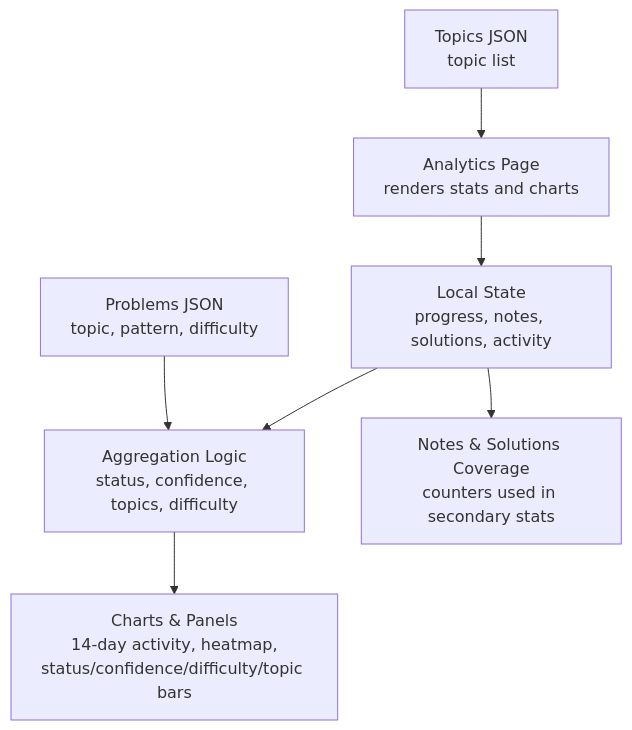
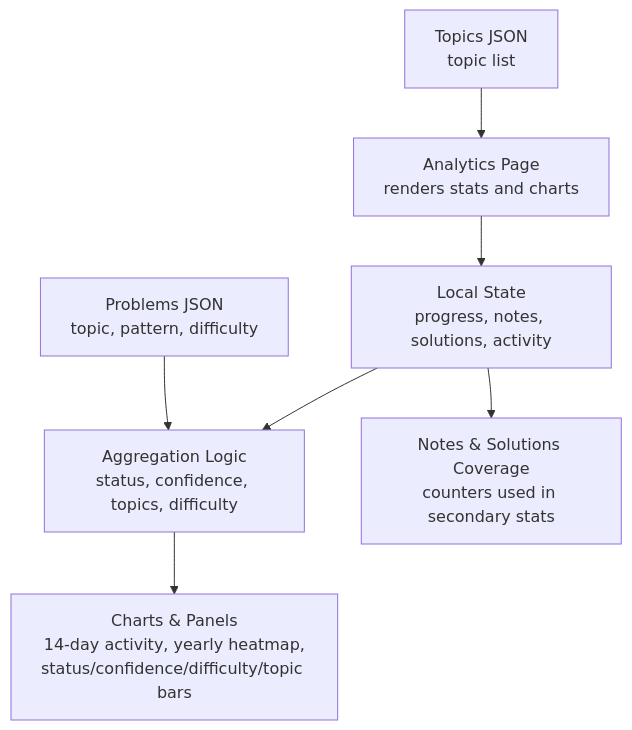
One commit to iamrituraj/DSA-Tracker changed the first of 6 diagrams in .qoder/repowiki/en/content/Frontend Application/Analytics Component.md. Above: the diagram before and after it, drawn with Mermaid. The commit also changed other lines of this file and 42 other files, not shown here.

````diff
--- a/.qoder/repowiki/en/content/Frontend Application/Analytics Component.md
+++ b/.qoder/repowiki/en/content/Frontend Application/Analytics Component.md
@@ -29,9 +39,9 @@
 ```mermaid
 graph TB
 UI["Analytics Page<br/>renders stats and charts"] --> Data["Local State<br/>progress, notes, solutions, activity"]
 Data --> Agg["Aggregation Logic<br/>status, confidence, topics, difficulty"]
-Agg --> Charts["Charts & Panels<br/>14-day activity, heatmap,<br/>status/confidence/difficulty/topic bars"]
+Agg --> Charts["Charts & Panels<br/>14-day activity, yearly heatmap,<br/>status/confidence/difficulty/topic bars"]
 Data --> Notes["Notes & Solutions Coverage<br/>counters used in secondary stats"]
 Problems["Problems JSON<br/>topic, pattern, difficulty"] --> Agg
 Topics["Topics JSON<br/>topic list"] --> UI
 ```
````
